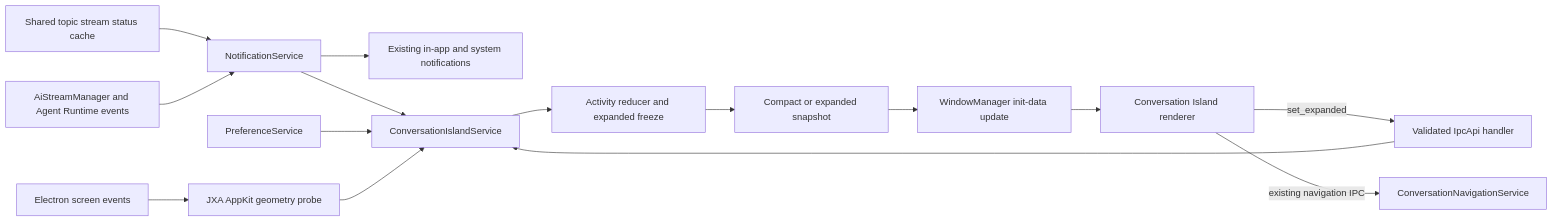
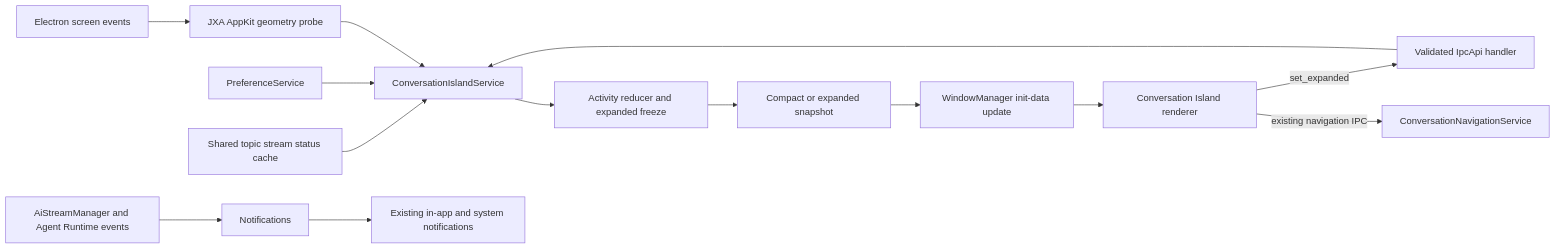
Before and after one commit to CherryHQ/cherry-studio: the diagram in docs/superpowers/specs/2026-08-21-macos-conversation-island-design.md, drawn with Mermaid. The commit also changed other lines of this file and 1 other file, not shown here.

Commit message:
docs(conversation-island): define platform isolation

````diff
--- a/docs/superpowers/specs/2026-08-21-macos-conversation-island-design.md
+++ b/docs/superpowers/specs/2026-08-21-macos-conversation-island-design.md
@@ -216,17 +220,16 @@
 ```mermaid
 flowchart LR
-  Cache[Shared topic stream status cache] --> Notifications[NotificationService]
+  Cache[Shared topic stream status cache] --> Service[ConversationIslandService]
   Events[AiStreamManager and Agent Runtime events] --> Notifications
   Notifications --> System[Existing in-app and system notifications]
-  Notifications --> Service[ConversationIslandService]
   Preference[PreferenceService] --> Service
   Screen[Electron screen events] --> Geometry[JXA AppKit geometry probe]
   Geometry --> Service
   Service --> State[Activity reducer and expanded freeze]
   State --> Snapshot[Compact or expanded snapshot]
   Snapshot --> WM[WindowManager init-data update]
   WM --> Surface[Conversation Island renderer]
   Surface -->|set_expanded| Handler[Validated IpcApi handler]
   Handler --> Service
   Surface -->|existing navigation IPC| Navigation[ConversationNavigationService]
 ```
````
